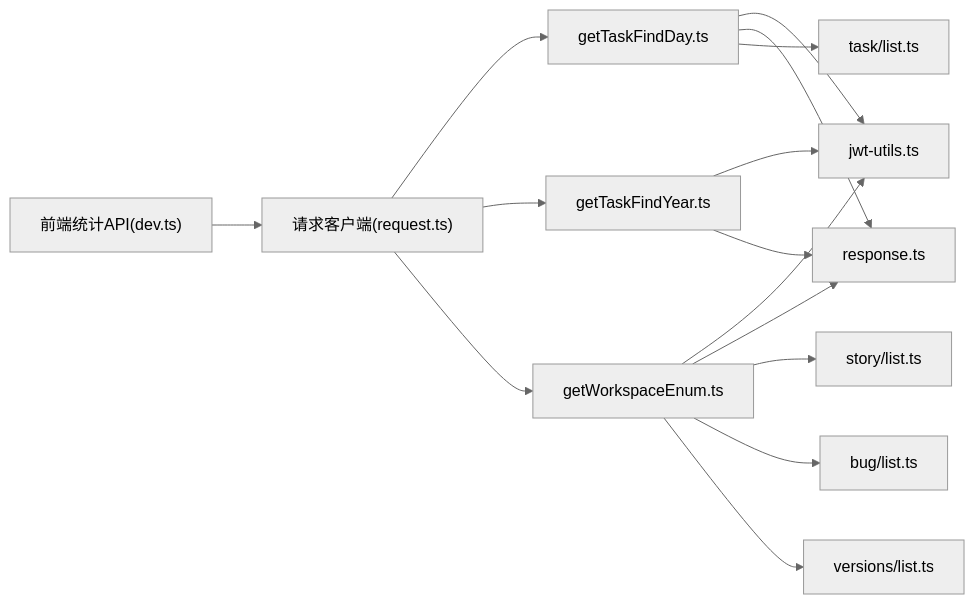
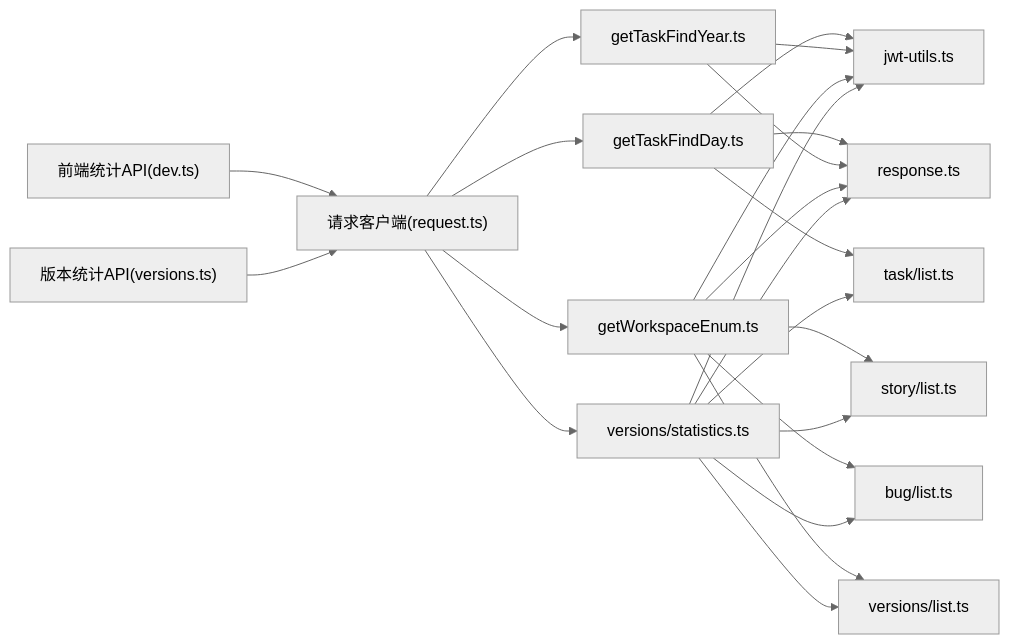
Before and after one commit to liuyinzhong/hive: the seventh of 7 diagrams in .qoder/repowiki/zh/content/API参考/HTTP API/统计API.md, drawn with Mermaid (neutral theme). The commit also changed other lines of this file and 6 other files, not shown here.

````diff
--- a/.qoder/repowiki/zh/content/API参考/HTTP API/统计API.md
+++ b/.qoder/repowiki/zh/content/API参考/HTTP API/统计API.md
@@ -279,17 +429,25 @@
 ```mermaid
 graph LR
 FE["前端统计API(dev.ts)"] --> REQ["请求客户端(request.ts)"]
+FE_VERSION["版本统计API(versions.ts)"] --> REQ
 REQ --> HND1["getTaskFindDay.ts"]
 REQ --> HND2["getTaskFindYear.ts"]
 REQ --> HND3["getWorkspaceEnum.ts"]
+REQ --> HND4["versions/statistics.ts"]
 HND1 --> AUTH["jwt-utils.ts"]
 HND2 --> AUTH
 HND3 --> AUTH
+HND4 --> AUTH
 HND1 --> RESP["response.ts"]
 HND2 --> RESP
 HND3 --> RESP
+HND4 --> RESP
 HND1 --> MOCK_T["task/list.ts"]
 HND3 --> MOCK_S["story/list.ts"]
 HND3 --> MOCK_B["bug/list.ts"]
 HND3 --> MOCK_V["versions/list.ts"]
+HND4 --> MOCK_T
+HND4 --> MOCK_S
+HND4 --> MOCK_B
+HND4 --> MOCK_V
 ```
````
